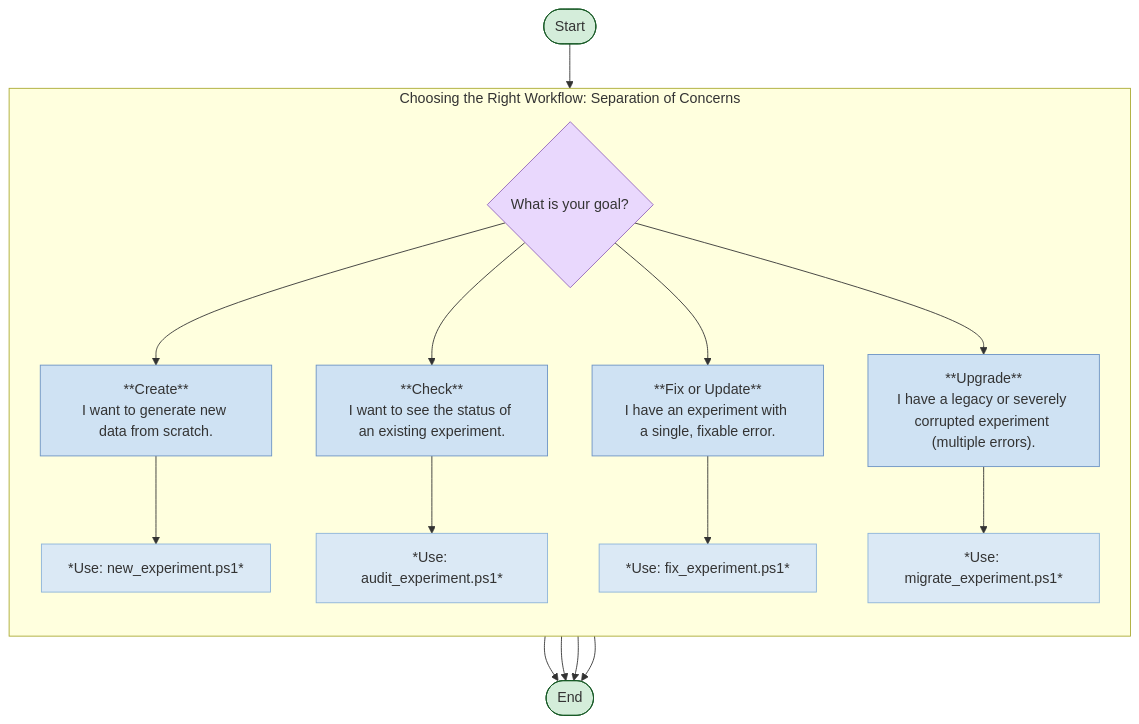
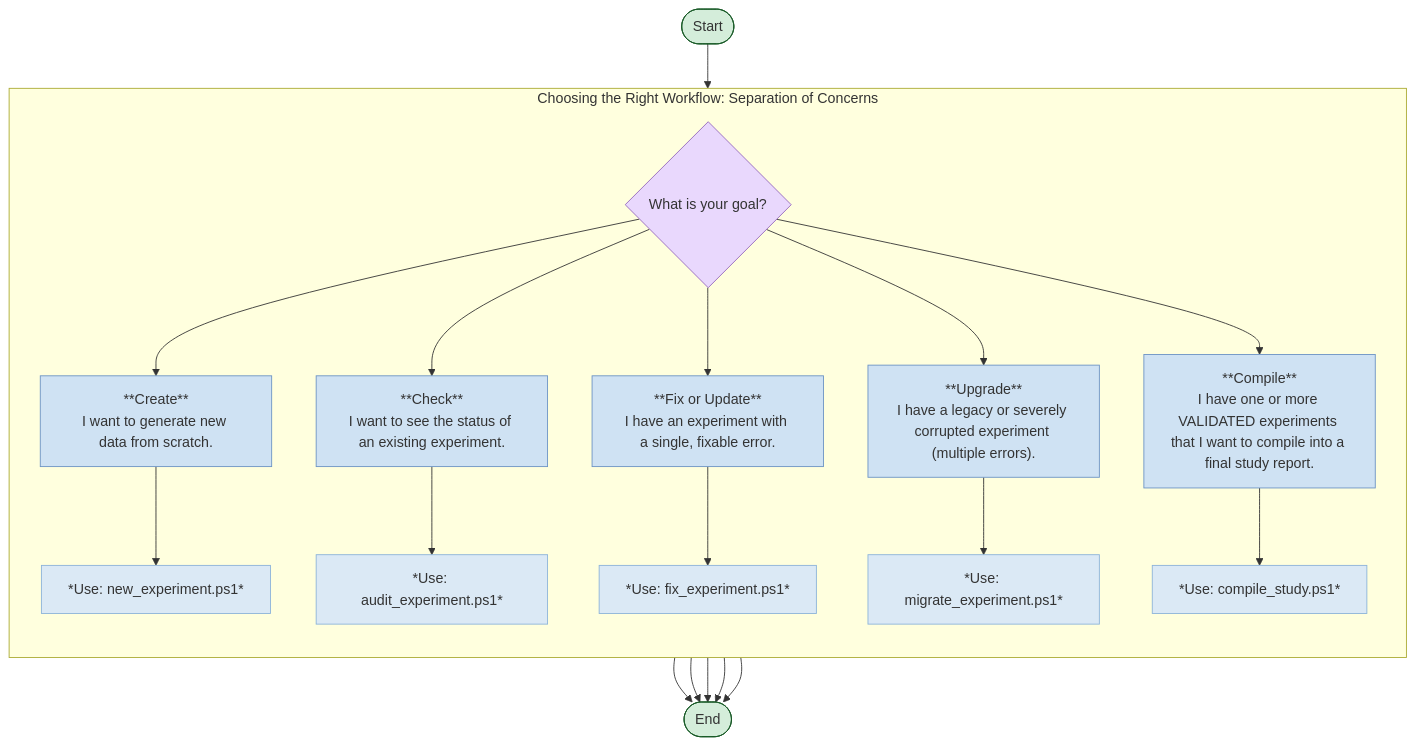
Before and after one commit to peterjmarko/llm-narrative-framework: the diagram in docs/diagrams/logic_workflow_chooser.mmd, drawn with Mermaid. The commit also changed 13 other files, not shown here.

```diff
--- a/docs/diagrams/logic_workflow_chooser.mmd
+++ b/docs/diagrams/logic_workflow_chooser.mmd
@@ -1,52 +1,59 @@
 graph TD
     %% --- Style Definitions ---
     classDef start_end_node fill:#d4edda,stroke:#155724;
     classDef decision_node fill:#e9d8fd,stroke:#9467bd,color:#333;
     classDef case_node fill:#cfe2f3,stroke:#6c93c4,color:#333;
     classDef instruction_node fill:#dbe9f5,stroke:#8cb3d9,color:#333;
     classDef purpose_node fill:#f0f0f0,stroke:#9e9e9e,color:#333;
 
     %% === Nodes for Decision Tree Workflow ===
     start_node(["Start"]):::start_end_node;
 
     subgraph "Choosing the Right Workflow: Separation of Concerns"
         direction TB
 
         main_decision{"What is your goal?"}:::decision_node
 
         %% Branch 1: Create
         case_1["**Create**<br/>I want to generate new data from scratch."]:::case_node
         instruction_1["*Use: new_experiment.ps1*"]:::instruction_node
         
         %% Branch 2: Check
         case_2["**Check**<br/>I want to see the status of an existing experiment."]:::case_node
         instruction_2["*Use: audit_experiment.ps1*"]:::instruction_node
 
         %% Branch 3: Fix / Update
         case_3["**Fix or Update**<br/>I have an experiment with a single, fixable error."]:::case_node
         instruction_3["*Use: fix_experiment.ps1*"]:::instruction_node
 
         %% Branch 4: Upgrade
         case_4["**Upgrade**<br/>I have a legacy or severely corrupted experiment (multiple errors)."]:::case_node
         instruction_4["*Use: migrate_experiment.ps1*"]:::instruction_node
+
+        %% Branch 5: Compile
+        case_5["**Compile**<br/>I have one or more VALIDATED experiments that I want to compile into a final study report."]:::case_node
+        instruction_5["*Use: compile_study.ps1*"]:::instruction_node
     end
 
     end_node(["End"]):::start_end_node;
 
     %% === Connections ===
     start_node --> main_decision;
 
     main_decision --> case_1;
     main_decision --> case_2;
     main_decision --> case_3;
     main_decision --> case_4;
+    main_decision --> case_5;
 
     case_1 --> instruction_1;
     case_2 --> instruction_2;
     case_3 --> instruction_3;
     case_4 --> instruction_4;
+    case_5 --> instruction_5;
     
     instruction_1 --> end_node;
     instruction_2 --> end_node;
     instruction_3 --> end_node;
     instruction_4 --> end_node;
+    instruction_5 --> end_node;
```
